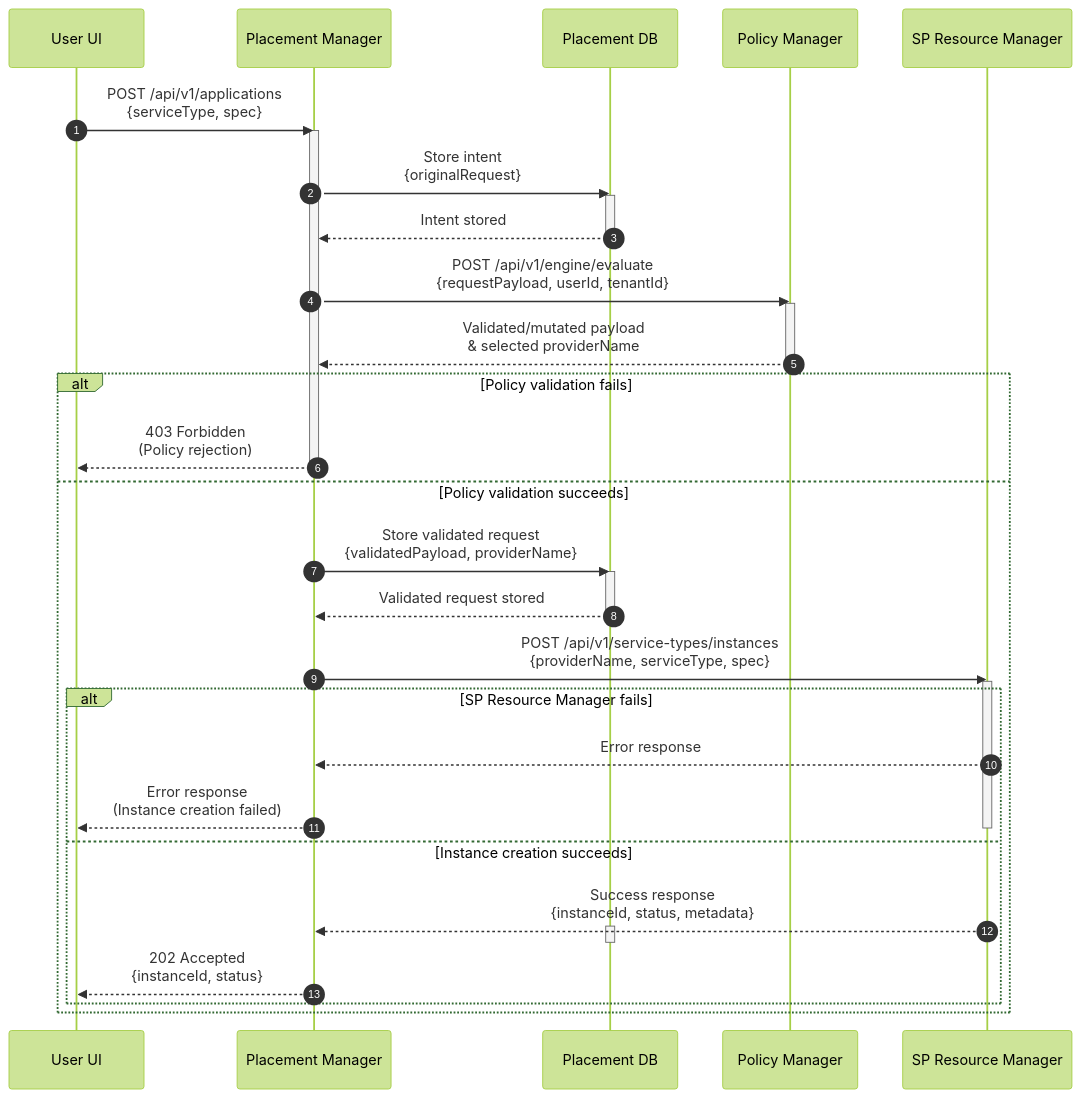
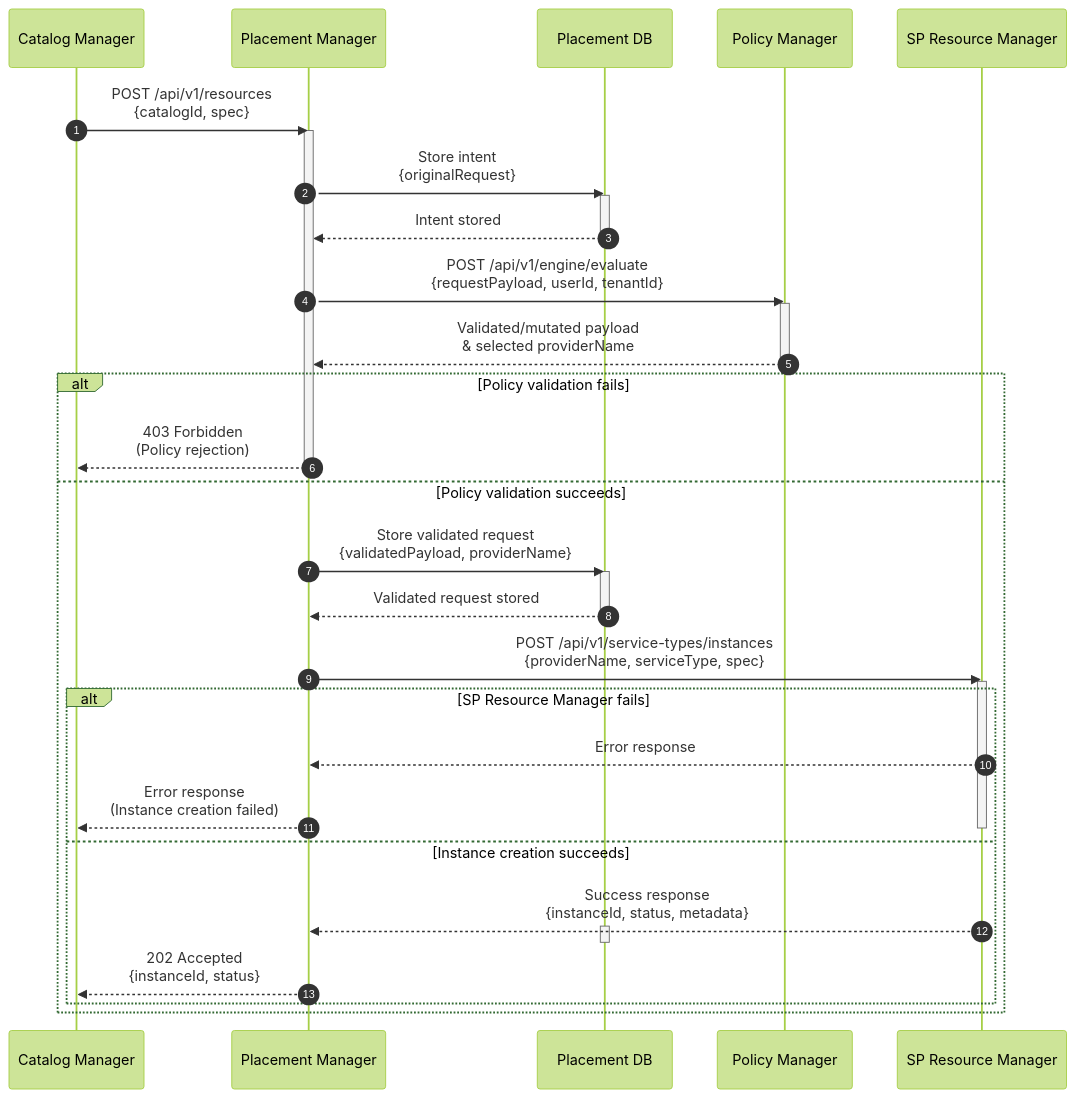
One commit to dcm-project/enhancements changed the second of 2 diagrams in enhancements/placement-manager/placement-manager.md. Above: the diagram before and after it, drawn with Mermaid (forest theme). The commit also changed other lines of this file, not shown here.

Commit message:
update to catalog manager + rename resource endpoint

````diff
--- a/enhancements/placement-manager/placement-manager.md
+++ b/enhancements/placement-manager/placement-manager.md
@@ -242,51 +244,51 @@
 ```mermaid
 sequenceDiagram
     autonumber
-    participant User as User UI
+    participant CM as Catalog Manager
     participant PM as Placement Manager
     participant DB as Placement DB
     participant PE as Policy Manager
     participant SPRM as SP Resource Manager
 
-    User->>PM: POST /api/v1/applications<br/>{serviceType, spec}
+    CM->>PM: POST /api/v1/resources<br/>{catalogId, spec}
     activate PM
 
     PM->>DB: Store intent<br/>{originalRequest}
     activate DB
     DB-->>PM: Intent stored
     deactivate DB
 
     PM->>PE: POST /api/v1/engine/evaluate<br/>{requestPayload, userId, tenantId}
     activate PE
 
     PE-->>PM: Validated/mutated payload<br/>& selected providerName
     deactivate PE
 
     alt Policy validation fails
-        PM-->>User: 403 Forbidden<br/>(Policy rejection)
+        PM-->>CM: 403 Forbidden<br/>(Policy rejection)
         deactivate PM
     else Policy validation succeeds
 
         PM->>DB: Store validated request<br/>{validatedPayload, providerName}
         activate DB
         DB-->>PM: Validated request stored
         deactivate DB
 
         PM->>SPRM: POST /api/v1/service-types/instances<br/>{providerName, serviceType, spec}
         activate SPRM
 
         alt SP Resource Manager fails
             SPRM-->>PM: Error response
-            PM-->>User: Error response<br/>(Instance creation failed)
+            PM-->>CM: Error response<br/>(Instance creation failed)
             deactivate SPRM
 
         else Instance creation succeeds
             SPRM-->>PM: Success response<br/>{instanceId, status, metadata}
             activate DB
             deactivate DB
 
-            PM-->>User: 202 Accepted<br/>{instanceId, status}
+            PM-->>CM: 202 Accepted<br/>{instanceId, status}
 
         end
     end
 ```
````
